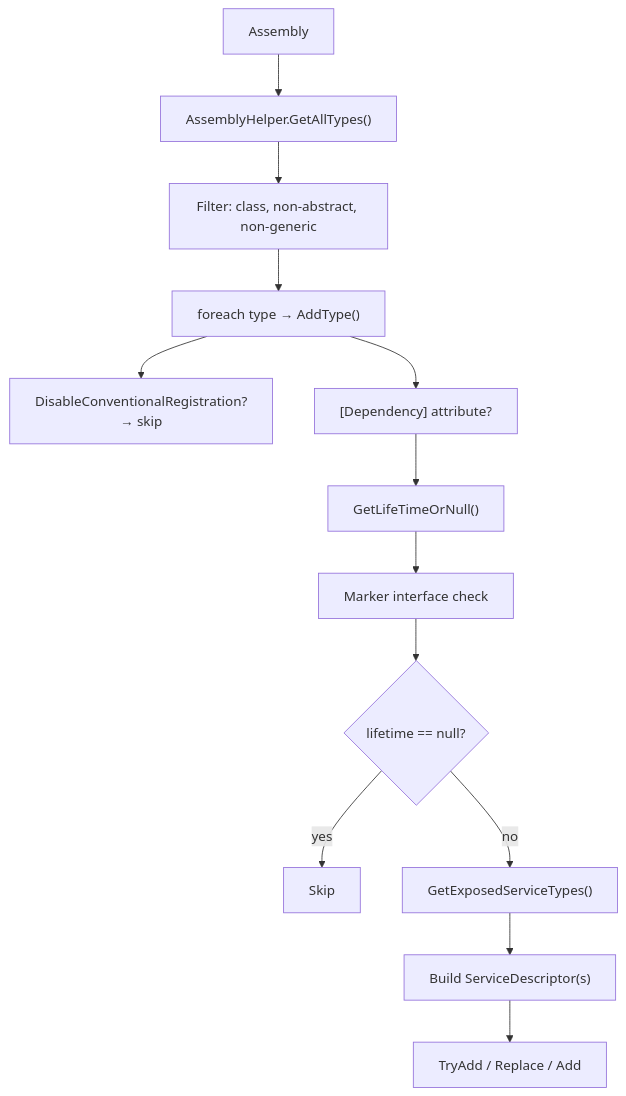
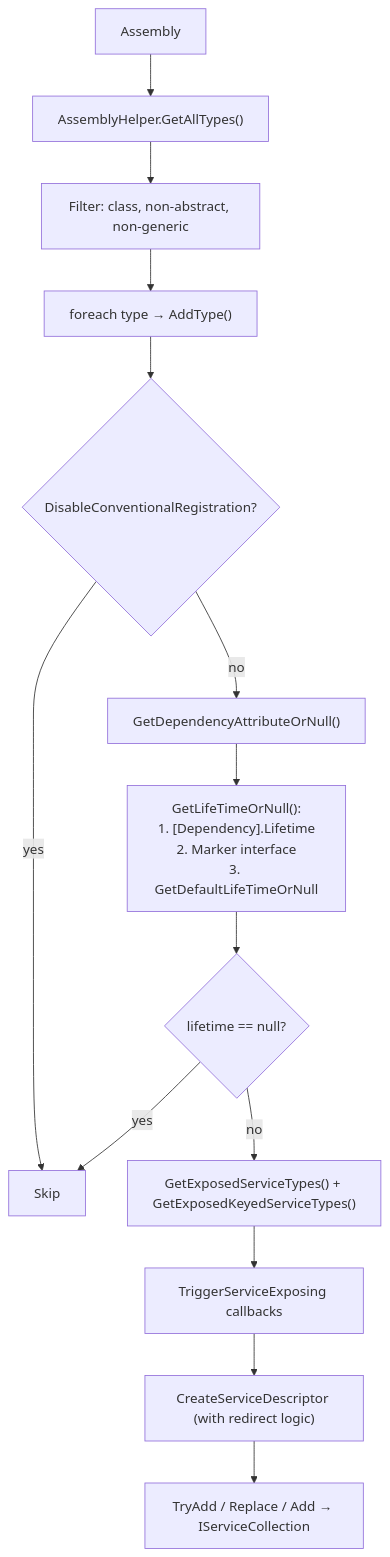
One commit to mintlify-atlas/docs-wiki-a1b1ff33 changed the diagram in modularity/dependency-injection.mdx. Above: the diagram before and after it, drawn with Mermaid. The commit also changed other lines of this file and 51 other files, not shown here.

````diff
--- a/modularity/dependency-injection.mdx
+++ b/modularity/dependency-injection.mdx
@@ -265,15 +320,16 @@
 ```mermaid
 flowchart TD
     ASM["Assembly"] --> GAT["AssemblyHelper.GetAllTypes()"]
     GAT --> FLT["Filter: class, non-abstract, non-generic"]
     FLT --> EACH["foreach type → AddType()"]
-    EACH --> DCRA["DisableConventionalRegistration?\n→ skip"]
-    EACH --> DEPA["[Dependency] attribute?"]
-    DEPA --> LIFE["GetLifeTimeOrNull()"]
-    LIFE --> MARK["Marker interface check"]
-    MARK --> NULL{"lifetime == null?"}
-    NULL -- yes --> SKIP["Skip"]
-    NULL -- no --> EXP["GetExposedServiceTypes()"]
-    EXP --> SD["Build ServiceDescriptor(s)"]
-    SD --> REG["TryAdd / Replace / Add"]
+    EACH --> DCRA{"DisableConventionalRegistration?"}
+    DCRA -- yes --> SKIP["Skip"]
+    DCRA -- no --> DEPA["GetDependencyAttributeOrNull()"]
+    DEPA --> LIFE["GetLifeTimeOrNull():\n1. [Dependency].Lifetime\n2. Marker interface\n3. GetDefaultLifeTimeOrNull"]
+    LIFE --> NULL{"lifetime == null?"}
+    NULL -- yes --> SKIP
+    NULL -- no --> EXP["GetExposedServiceTypes() + GetExposedKeyedServiceTypes()"]
+    EXP --> TRIG["TriggerServiceExposing callbacks"]
+    TRIG --> SD["CreateServiceDescriptor (with redirect logic)"]
+    SD --> REG["TryAdd / Replace / Add → IServiceCollection"]
 ```
````
